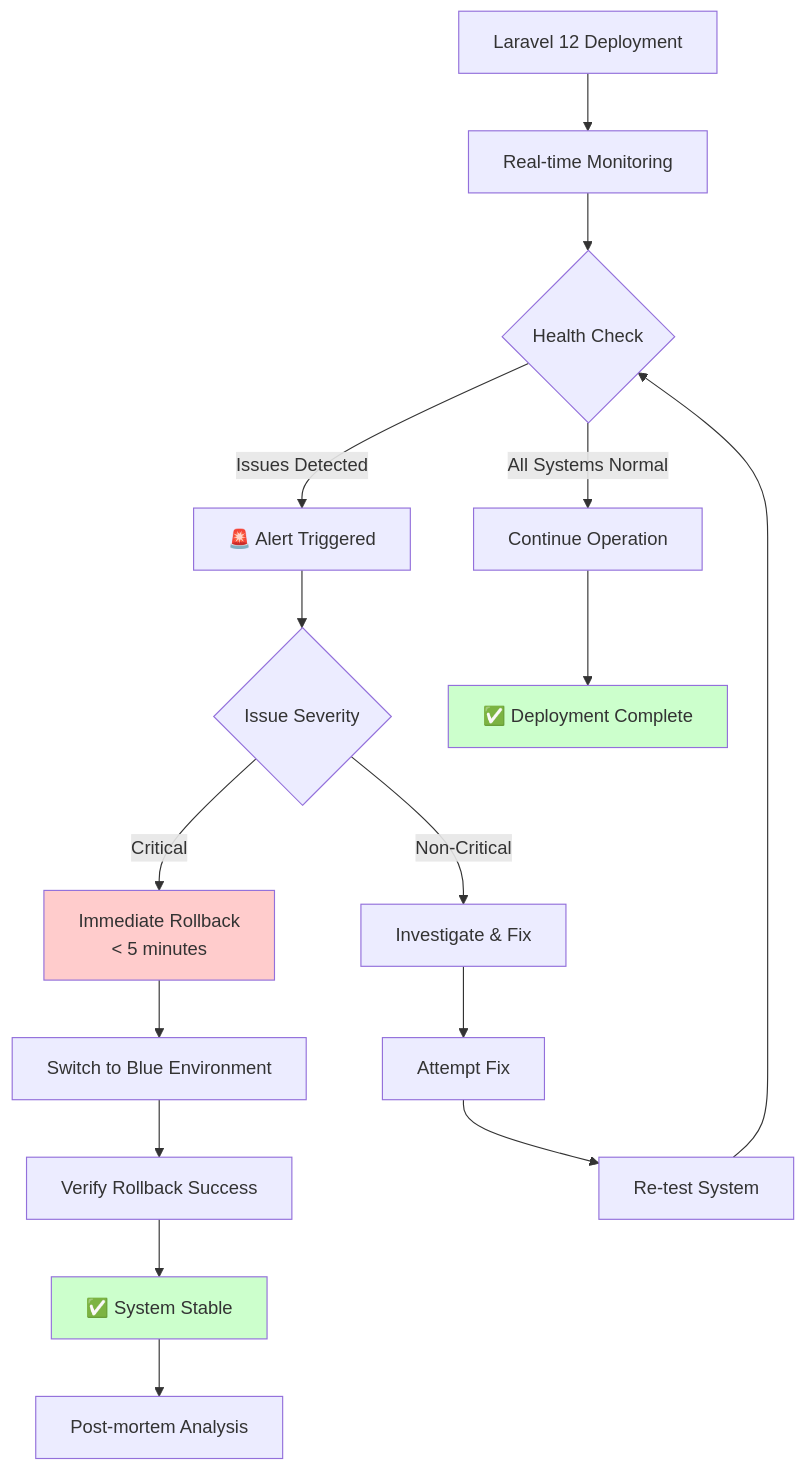
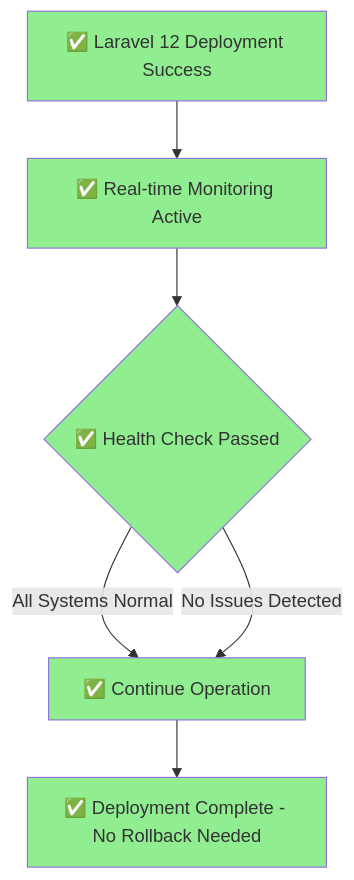
Diagram 14 of 15 in docs/laravel-12-upgrade/visual.md (ltmoerdani/blazz), drawn with Mermaid before and after one commit. The commit also changed other lines of this file and 9 other files, not shown here.

````diff
--- a/docs/laravel-12-upgrade/visual.md
+++ b/docs/laravel-12-upgrade/visual.md
@@ -515,27 +515,16 @@
 ```mermaid
 flowchart TD
-    DEPLOY[Laravel 12 Deployment] --> MONITOR[Real-time Monitoring]
+    DEPLOY[✅ Laravel 12 Deployment Success] --> MONITOR[✅ Real-time Monitoring Active]
     
-    MONITOR --> CHECK{Health Check}
-    CHECK -->|All Systems Normal| CONTINUE[Continue Operation]
-    CHECK -->|Issues Detected| ALERT[🚨 Alert Triggered]
+    MONITOR --> CHECK{✅ Health Check Passed}
+    CHECK -->|All Systems Normal| CONTINUE[✅ Continue Operation]
+    CHECK -->|No Issues Detected| CONTINUE
     
-    ALERT --> ASSESS{Issue Severity}
-    ASSESS -->|Critical| IMMEDIATE[Immediate Rollback<br/>< 5 minutes]
-    ASSESS -->|Non-Critical| INVESTIGATE[Investigate & Fix]
+    CONTINUE --> SUCCESS[✅ Deployment Complete - No Rollback Needed]
     
-    IMMEDIATE --> SWITCH[Switch to Blue Environment]
-    SWITCH --> VERIFY[Verify Rollback Success]
-    VERIFY --> STABLE[✅ System Stable]
-    
-    INVESTIGATE --> FIX_ATTEMPT[Attempt Fix]
-    FIX_ATTEMPT --> RETEST[Re-test System]
-    RETEST --> CHECK
-    
-    CONTINUE --> SUCCESS[✅ Deployment Complete]
-    STABLE --> ANALYSIS[Post-mortem Analysis]
-    
-    style IMMEDIATE fill:#ffcccc
-    style SUCCESS fill:#ccffcc
-    style STABLE fill:#ccffcc
+    style DEPLOY fill:#90EE90
+    style MONITOR fill:#90EE90
+    style CHECK fill:#90EE90
+    style CONTINUE fill:#90EE90
+    style SUCCESS fill:#90EE90
 ```
````
